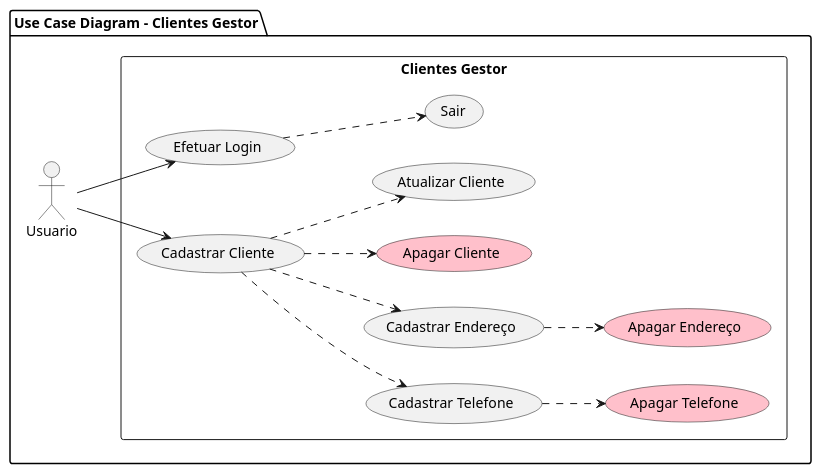
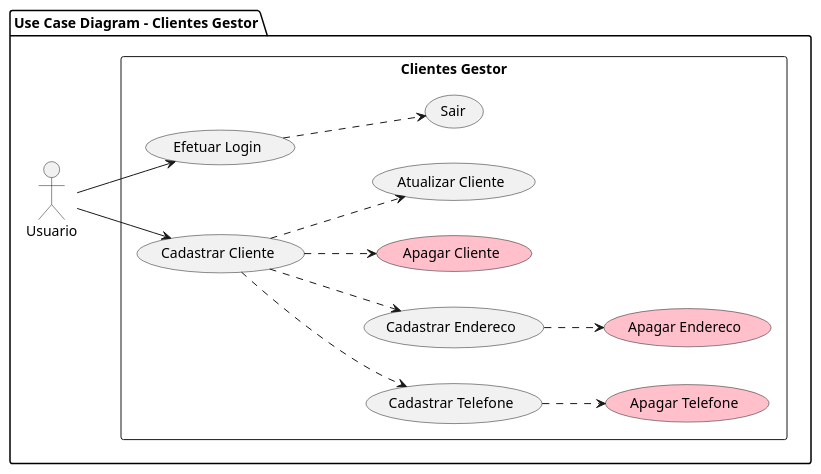
One commit to douglascarlos-dev/Clientes-Gestor changed the diagram in modelagem/diagrama_use_case.plantuml. Above: the diagram before and after it, drawn with PlantUML. The commit also changed 3 other files, not shown here.

```diff
--- a/modelagem/diagrama_use_case.plantuml
+++ b/modelagem/diagrama_use_case.plantuml
@@ -1,26 +1,26 @@
 @startuml Use Case Diagram
 left to right direction
 package "Use Case Diagram - Clientes Gestor" {
 actor Usuario as u
 rectangle "Clientes Gestor" {
   usecase "Efetuar Login" as UC1
   usecase "Cadastrar Cliente" as UC2
   usecase "Cadastrar Telefone" as UC3
-  usecase "Cadastrar Endereço" as UC4
-  usecase "Apagar Endereço" as UC5 #pink
+  usecase "Cadastrar Endereco" as UC4
+  usecase "Apagar Endereco" as UC5 #pink
   usecase "Apagar Telefone" as UC6 #pink
   usecase "Apagar Cliente" as UC7 #pink
   usecase "Sair" as UC8
   usecase "Atualizar Cliente" as UC9
 }
 u --> UC1
 u --> UC2
 UC2 ..> UC3
 UC2 ..> UC4
 UC4 ..> UC5
 UC3 ..> UC6
 UC2 ..> UC7
 UC1 ..> UC8
 UC2 ..> UC9
 }
 @enduml
```
